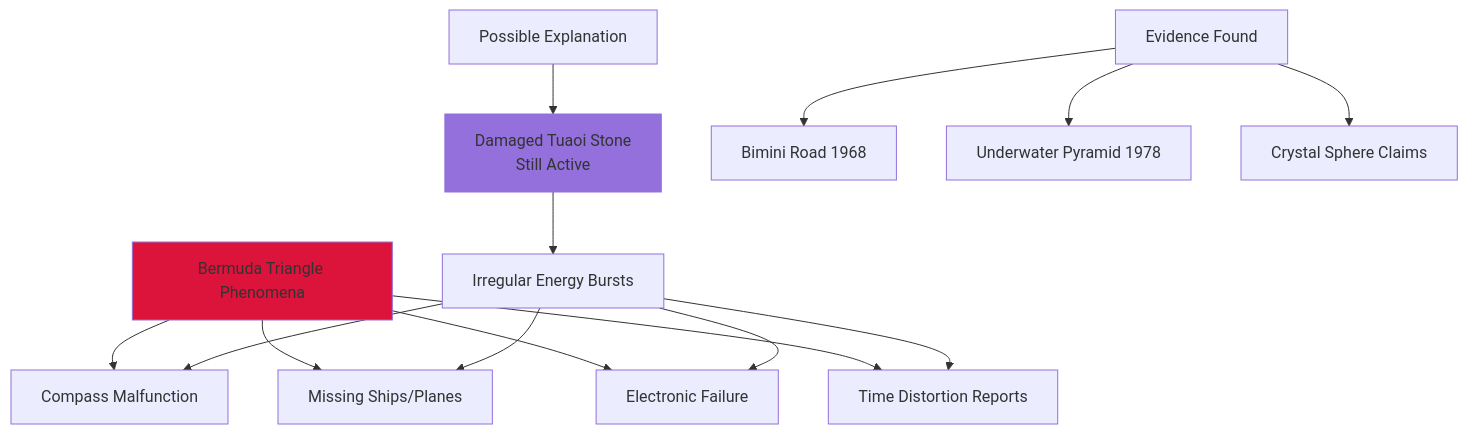
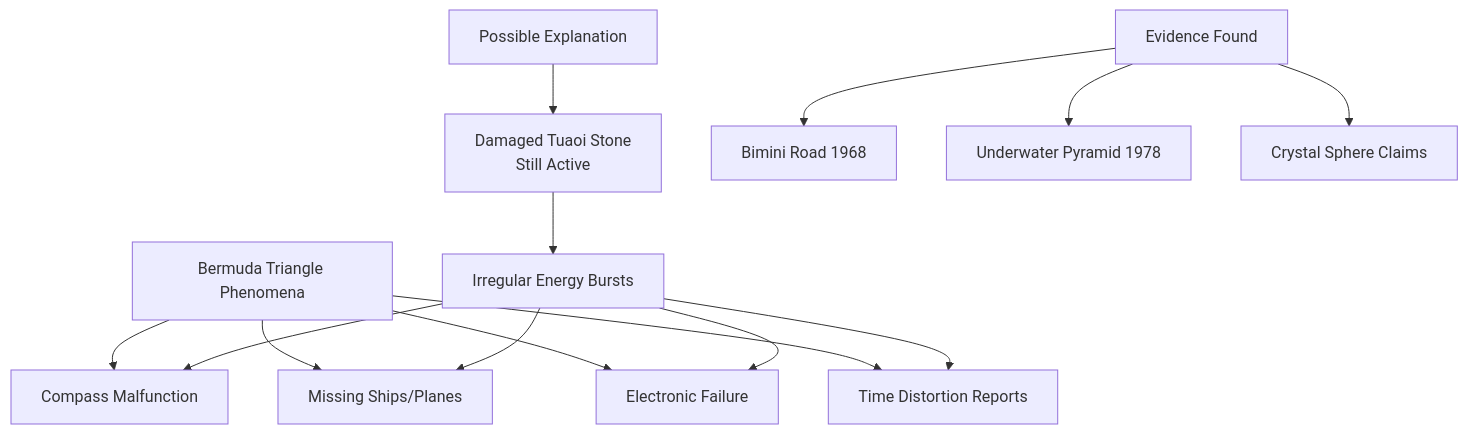
The fourth of 5 diagrams in esoterica/Atlantis.md (dyukahi/knowledge), drawn with Mermaid before and after one commit. The commit also changed other lines of this file, not shown here.

Commit message:
Fix: Remove custom colors from Mermaid diagrams in Atlantis

````diff
--- a/esoterica/Atlantis.md
+++ b/esoterica/Atlantis.md
@@ -228,21 +215,18 @@
 ```mermaid
 graph TD
     A[Bermuda Triangle Phenomena] --> B[Compass Malfunction]
     A --> C[Missing Ships/Planes]
     A --> D[Electronic Failure]
     A --> E[Time Distortion Reports]
     
     F[Possible Explanation] --> G[Damaged Tuaoi Stone<br/>Still Active]
     G --> H[Irregular Energy Bursts]
     H --> B
     H --> C
     H --> D
     H --> E
     
     I[Evidence Found] --> J[Bimini Road 1968]
     I --> K[Underwater Pyramid 1978]
     I --> L[Crystal Sphere Claims]
-    
-    style G fill:#9370DB
-    style A fill:#DC143C
 ```
````
